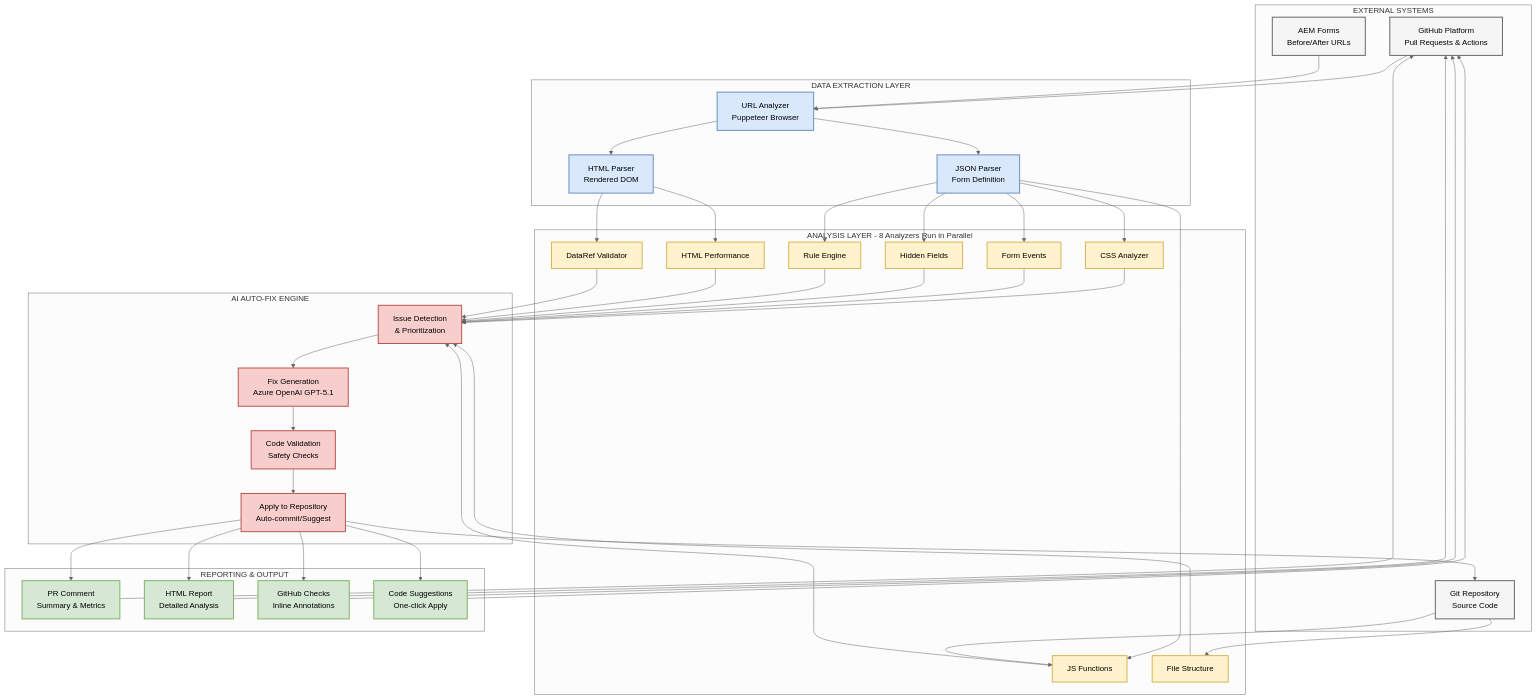
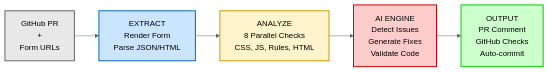
Before and after one commit to rismehta/forms-performance-bot: the first of 4 diagrams in ARCHITECTURE_EXECUTIVE.md, drawn with Mermaid (neutral theme). The commit also changed other lines of this file and 1 other file, not shown here.

First paragraph of the commit message:
docs: Simplify architecture diagrams - cleaner flow
SIMPLIFIED ARCHITECTURE DIAGRAMS:
════════════════════════════════════════════════════════════

````diff
--- a/ARCHITECTURE_EXECUTIVE.md
+++ b/ARCHITECTURE_EXECUTIVE.md
@@ -5,76 +5,20 @@
 ```mermaid
-flowchart TB
-    subgraph External["EXTERNAL SYSTEMS"]
-        GitHub[GitHub Platform<br/>Pull Requests & Actions]
-        Forms[AEM Forms<br/>Before/After URLs]
-        Repo[Git Repository<br/>Source Code]
-    end
+flowchart LR
+    Input[GitHub PR<br/>+<br/>Form URLs]
     
-    subgraph Extraction["DATA EXTRACTION LAYER"]
-        URLAnalyzer[URL Analyzer<br/>Puppeteer Browser]
-        JSONParser[JSON Parser<br/>Form Definition]
-        HTMLParser[HTML Parser<br/>Rendered DOM]
-    end
+    Extract[EXTRACT<br/>Render Form<br/>Parse JSON/HTML]
     
-    subgraph Analysis["ANALYSIS LAYER - 8 Analyzers Run in Parallel"]
-        CSS[CSS Analyzer]
-        JS[JS Functions]
-        Events[Form Events]
-        Fields[Hidden Fields]
-        Rules[Rule Engine]
-        HTML[HTML Performance]
-        DataRef[DataRef Validator]
-        Structure[File Structure]
-    end
+    Analyze[ANALYZE<br/>8 Parallel Checks<br/>CSS, JS, Rules, HTML]
     
-    subgraph AIEngine["AI AUTO-FIX ENGINE"]
-        Detect[Issue Detection<br/>& Prioritization]
-        Generate[Fix Generation<br/>Azure OpenAI GPT-5.1]
-        Validate[Code Validation<br/>Safety Checks]
-        Apply[Apply to Repository<br/>Auto-commit/Suggest]
-    end
+    AI[AI ENGINE<br/>Detect Issues<br/>Generate Fixes<br/>Validate Code]
     
-    subgraph Reporting["REPORTING & OUTPUT"]
-        Comment[PR Comment<br/>Summary & Metrics]
-        Gist[HTML Report<br/>Detailed Analysis]
-        Checks[GitHub Checks<br/>Inline Annotations]
-        Suggestions[Code Suggestions<br/>One-click Apply]
-    end
+    Output[OUTPUT<br/>PR Comment<br/>GitHub Checks<br/>Auto-commit]
     
-    %% Flow
-    GitHub --> URLAnalyzer
-    Forms --> URLAnalyzer
+    Input --> Extract --> Analyze --> AI --> Output
     
-    URLAnalyzer --> JSONParser
-    URLAnalyzer --> HTMLParser
-    
-    JSONParser --> CSS & JS & Events & Fields
-    HTMLParser --> HTML & DataRef
-    Repo --> JS & Structure
-    
-    JSONParser --> Rules
-    
-    CSS & JS & Events & Fields & Rules & HTML & DataRef & Structure --> Detect
-    
-    Detect --> Generate
-    Generate --> Validate
-    Validate --> Apply
-    
-    Apply --> Comment & Gist & Checks & Suggestions
-    Apply --> Repo
-    
-    Comment & Gist & Checks & Suggestions --> GitHub
-    
-    %% Styling
-    classDef external fill:#f5f5f5,stroke:#666,stroke-width:2px,color:#000
-    classDef extraction fill:#dae8fc,stroke:#6c8ebf,stroke-width:2px,color:#000
-    classDef analysis fill:#fff2cc,stroke:#d6b656,stroke-width:2px,color:#000
-    classDef ai fill:#f8cecc,stroke:#b85450,stroke-width:2px,color:#000
-    classDef reporting fill:#d5e8d4,stroke:#82b366,stroke-width:2px,color:#000
-    
-    class GitHub,Forms,Repo external
-    class URLAnalyzer,JSONParser,HTMLParser extraction
-    class CSS,JS,Events,Fields,Rules,HTML,DataRef,Structure analysis
-    class Detect,Generate,Validate,Apply ai
-    class Comment,Gist,Checks,Suggestions reporting
+    style Input fill:#e8e8e8,stroke:#666,stroke-width:2px,color:#000
+    style Extract fill:#cce5ff,stroke:#0066cc,stroke-width:2px,color:#000
+    style Analyze fill:#fff4cc,stroke:#cc9900,stroke-width:2px,color:#000
+    style AI fill:#ffcccc,stroke:#cc0000,stroke-width:2px,color:#000
+    style Output fill:#ccffcc,stroke:#00cc00,stroke-width:2px,color:#000
 ```
````
